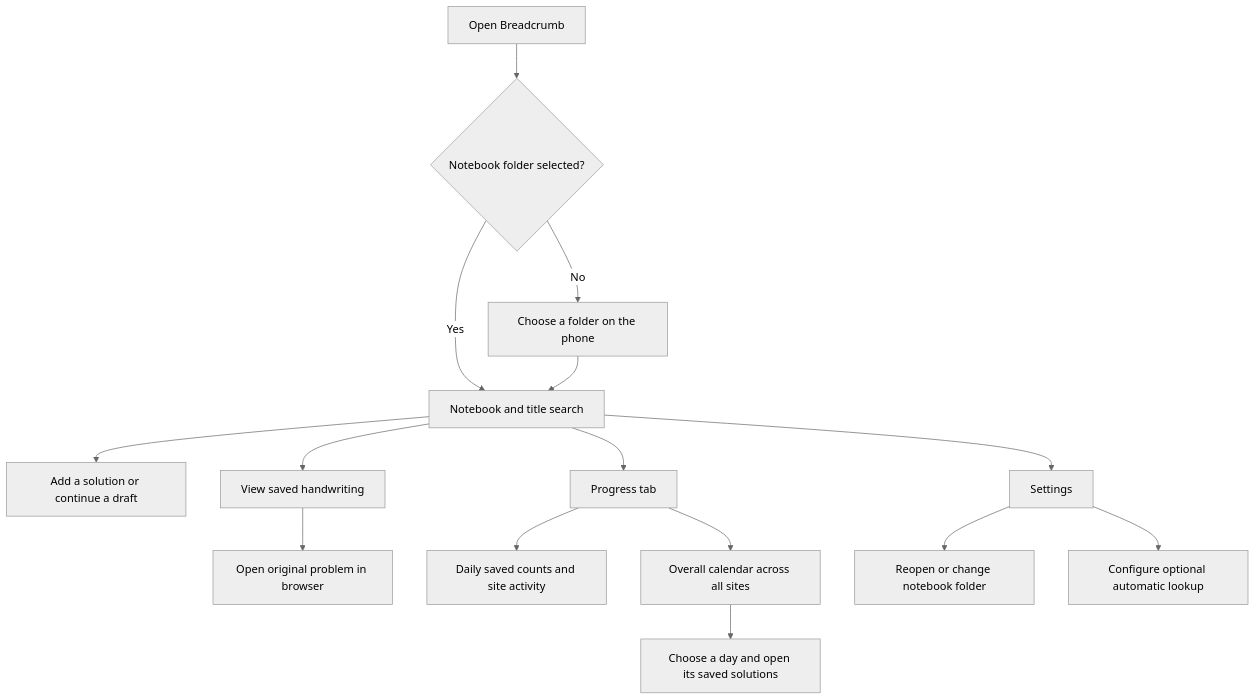
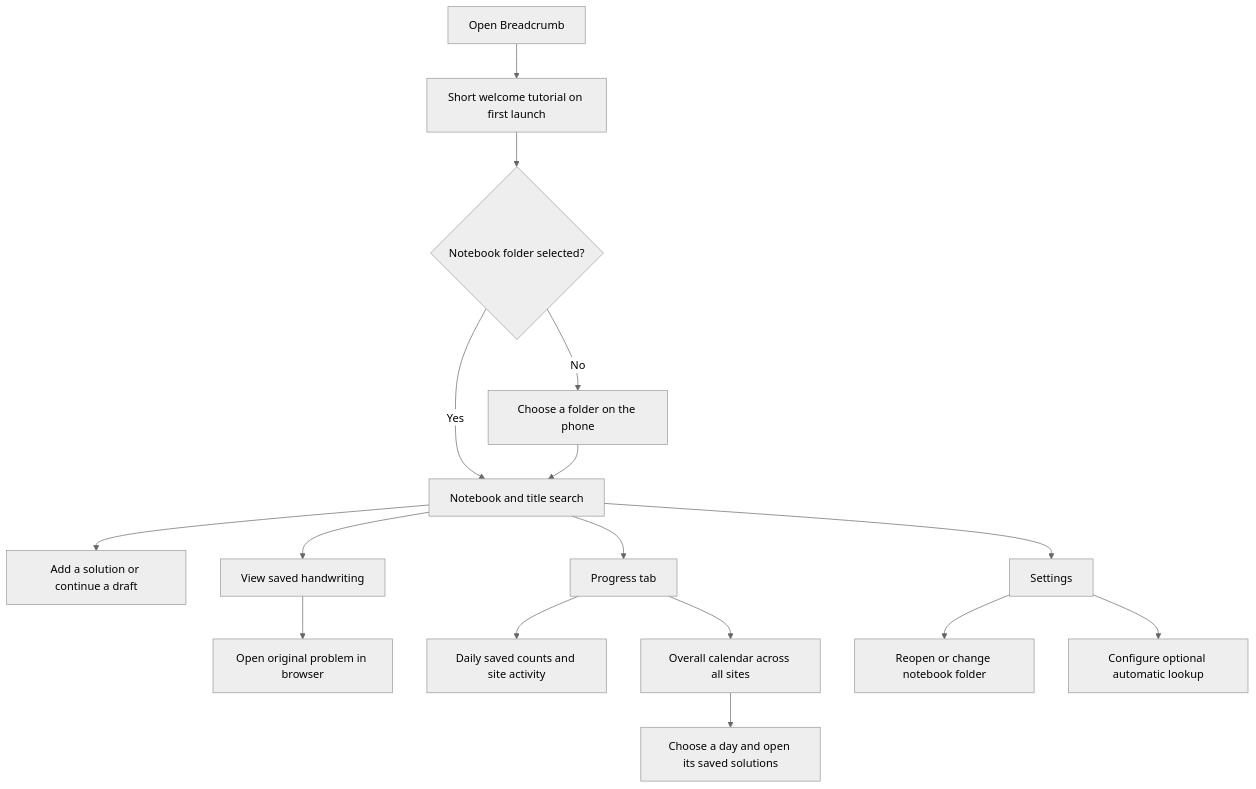
One commit to krish007code/Breadcrumb changed the first of 2 diagrams in README.md. Above: the diagram before and after it, drawn with Mermaid (neutral theme). The commit also changed other lines of this file, not shown here.

````diff
--- a/README.md
+++ b/README.md
@@ -15,17 +17,18 @@
 ```mermaid
 flowchart TD
-    Launch[Open Breadcrumb] --> Folder{Notebook folder selected?}
+    Launch[Open Breadcrumb] --> Welcome[Short welcome tutorial on first launch]
+    Welcome --> Folder{Notebook folder selected?}
     Folder -->|No| Select[Choose a folder on the phone]
     Folder -->|Yes| Notebook[Notebook and title search]
     Select --> Notebook
     Notebook --> Add[Add a solution or continue a draft]
     Notebook --> View[View saved handwriting]
     View --> Browser[Open original problem in browser]
     Notebook --> Progress[Progress tab]
     Progress --> Overview[Daily saved counts and site activity]
     Progress --> Calendar[Overall calendar across all sites]
     Calendar --> Day[Choose a day and open its saved solutions]
     Notebook --> Settings[Settings]
     Settings --> FolderSettings[Reopen or change notebook folder]
     Settings --> KeySettings[Configure optional automatic lookup]
 ```
````
